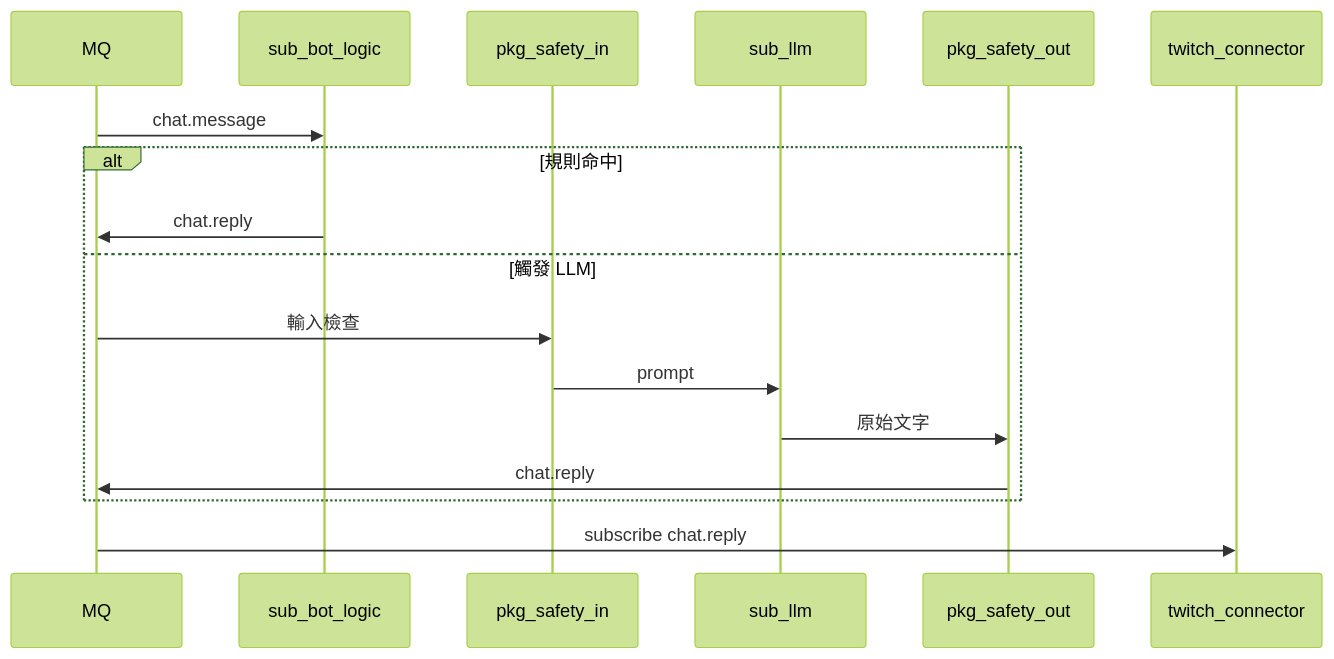
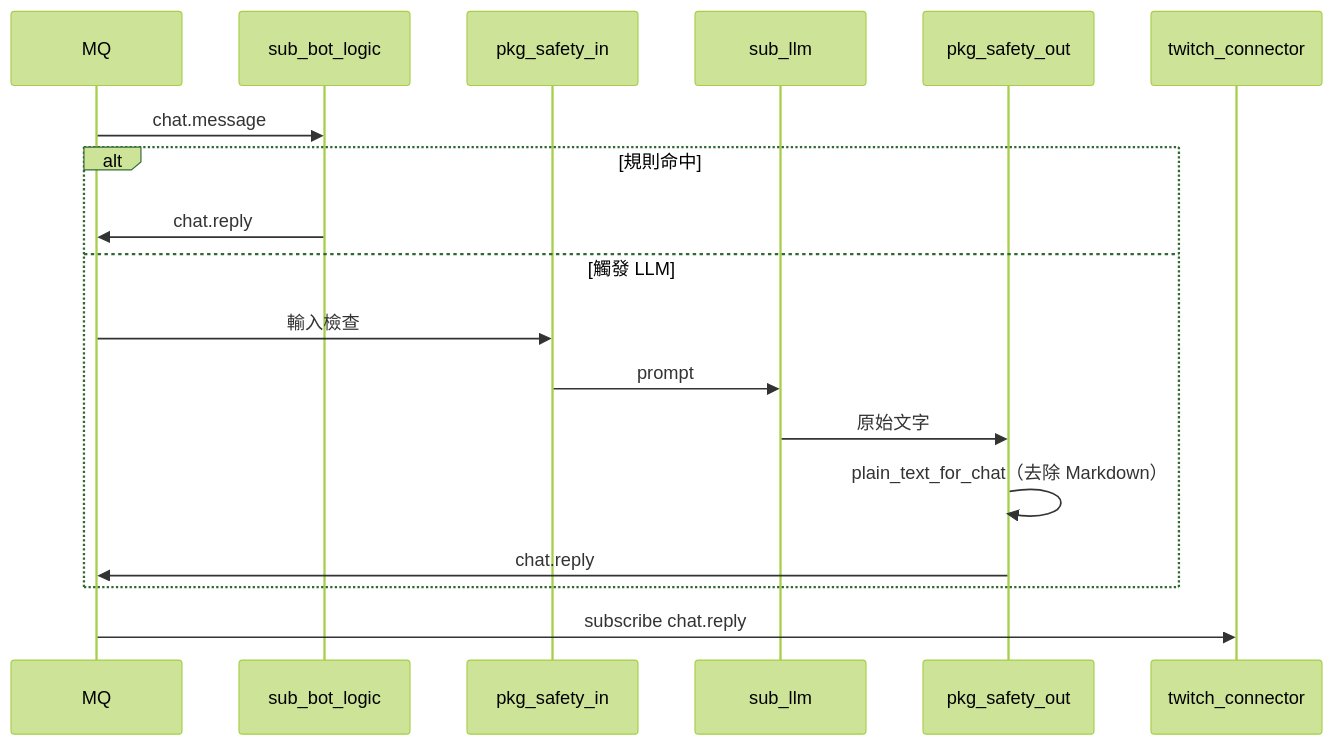
The diagram in docs/use-cases/03-llm-bot.md (skymiku39/streamer_toolbox), drawn with Mermaid (forest theme) before and after one commit. The commit also changed other lines of this file and 4 other files, not shown here.

````diff
--- a/docs/use-cases/03-llm-bot.md
+++ b/docs/use-cases/03-llm-bot.md
@@ -23,20 +23,21 @@
 ```mermaid
 sequenceDiagram
     participant MQ
     participant Bot as sub_bot_logic
     participant Pre as pkg_safety_in
     participant LLM as sub_llm
     participant Post as pkg_safety_out
     participant Send as twitch_connector
 
     MQ->>Bot: chat.message
     alt 規則命中
         Bot->>MQ: chat.reply
     else 觸發 LLM
         MQ->>Pre: 輸入檢查
         Pre->>LLM: prompt
         LLM->>Post: 原始文字
+        Post->>Post: plain_text_for_chat（去除 Markdown）
         Post->>MQ: chat.reply
     end
     MQ->>Send: subscribe chat.reply
 ```
````
